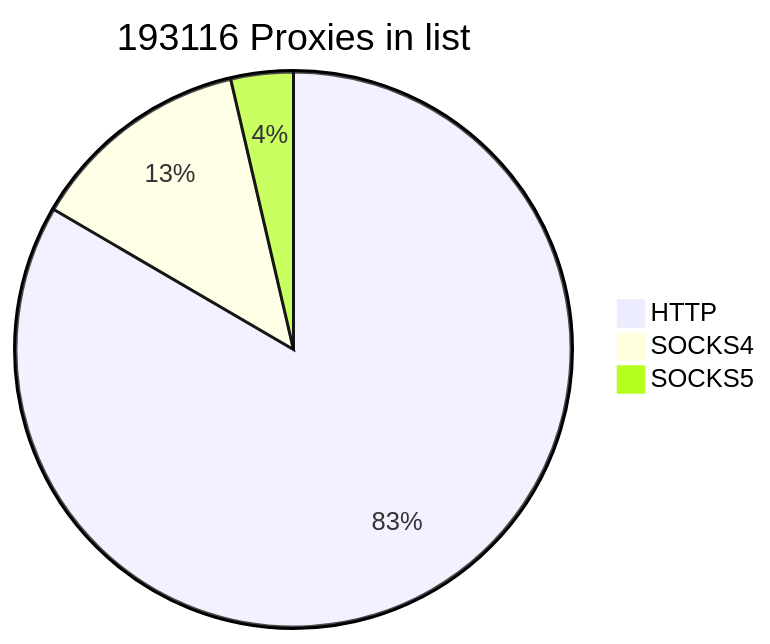
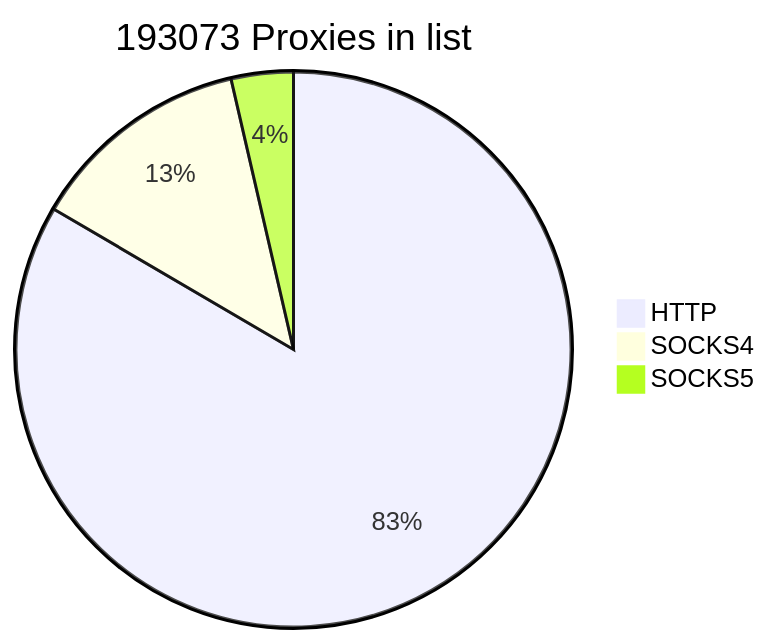
One commit to cutipu/proxylist changed the first of 2 diagrams in README.md. Above: the diagram before and after it, drawn with Mermaid. The commit also changed other lines of this file, not shown here.

````diff
--- a/README.md
+++ b/README.md
@@ -2,7 +2,7 @@
 ```mermaid
-pie title 193116 Proxies in list
+pie title 193073 Proxies in list
     "HTTP" : 161090
-    "SOCKS4" : 25010
-    "SOCKS5" : 7016
+    "SOCKS4" : 25011
+    "SOCKS5" : 6972
             
 ```
````
